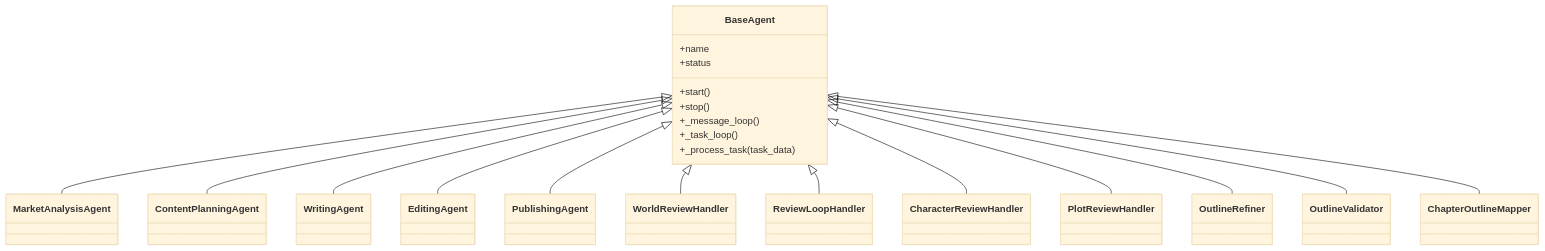
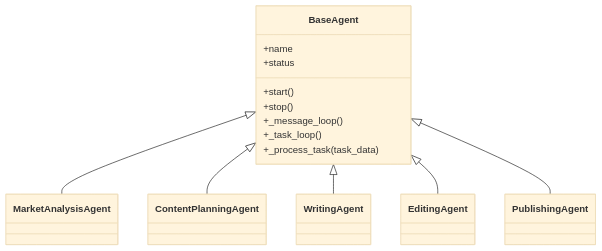
One commit to xfbyxq/ai-novel-system changed the third of 9 diagrams in .qoder/repowiki/zh/content/AI智能体系统/AI智能体系统.md. Above: the diagram before and after it, drawn with Mermaid (base theme). The commit also changed other lines of this file and 38 other files, not shown here.

````diff
--- a/.qoder/repowiki/zh/content/AI智能体系统/AI智能体系统.md
+++ b/.qoder/repowiki/zh/content/AI智能体系统/AI智能体系统.md
@@ -904,36 +213,22 @@
 ```mermaid
 classDiagram
 class BaseAgent {
 +name
 +status
 +start()
 +stop()
 +_message_loop()
 +_task_loop()
 +_process_task(task_data)
 }
 class MarketAnalysisAgent
 class ContentPlanningAgent
 class WritingAgent
 class EditingAgent
 class PublishingAgent
-class WorldReviewHandler
-class ReviewLoopHandler
-class CharacterReviewHandler
-class PlotReviewHandler
-class OutlineRefiner
-class OutlineValidator
-class ChapterOutlineMapper
 BaseAgent <|-- MarketAnalysisAgent
 BaseAgent <|-- ContentPlanningAgent
 BaseAgent <|-- WritingAgent
 BaseAgent <|-- EditingAgent
 BaseAgent <|-- PublishingAgent
-BaseAgent <|-- WorldReviewHandler
-BaseAgent <|-- ReviewLoopHandler
-BaseAgent <|-- CharacterReviewHandler
-BaseAgent <|-- PlotReviewHandler
-BaseAgent <|-- OutlineRefiner
-BaseAgent <|-- OutlineValidator
-BaseAgent <|-- ChapterOutlineMapper
 ```
````
